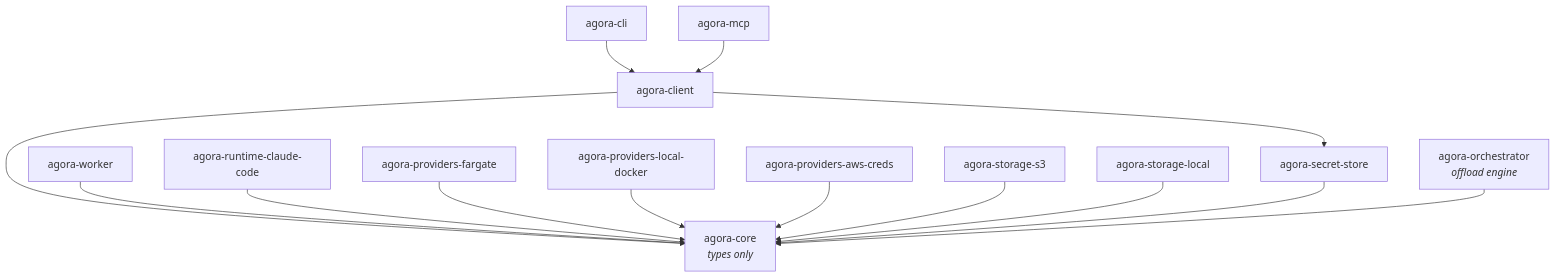
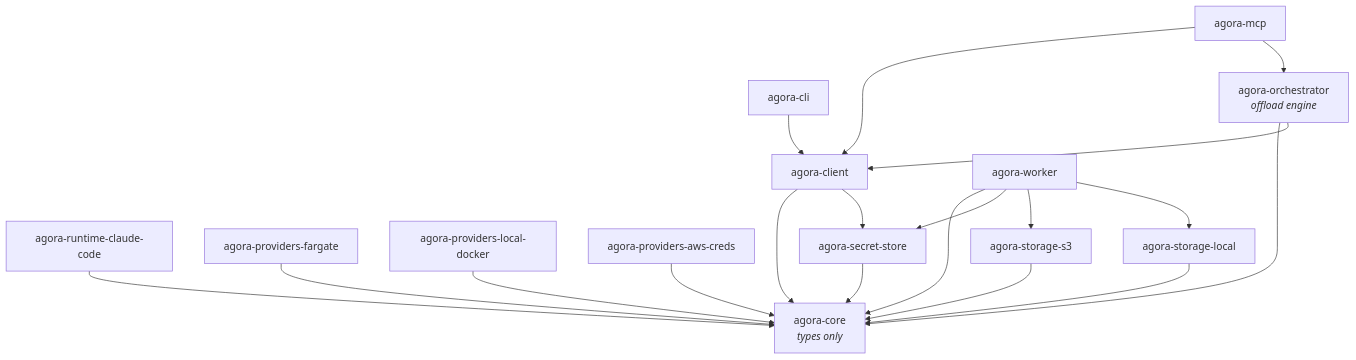
The diagram in README.md (QuarrySystems/agora), drawn with Mermaid before and after one commit. The commit also changed other lines of this file and 3 other files, not shown here.

````diff
--- a/README.md
+++ b/README.md
@@ -171,30 +171,35 @@
 ```mermaid
 graph TD
   core[agora-core<br/><i>types only</i>]
   client[agora-client]
   cli[agora-cli]
   mcp[agora-mcp]
   worker[agora-worker]
   runtime[agora-runtime-claude-code]
   pfargate[agora-providers-fargate]
   plocal[agora-providers-local-docker]
   pawscreds[agora-providers-aws-creds]
   ss3[agora-storage-s3]
   slocal[agora-storage-local]
   secretstore[agora-secret-store]
   orch[agora-orchestrator<br/><i>offload engine</i>]
 
   client --> core
   client --> secretstore
   cli --> client
   mcp --> client
+  mcp --> orch
   worker --> core
+  worker --> secretstore
+  worker --> ss3
+  worker --> slocal
   runtime --> core
   pfargate --> core
   plocal --> core
   pawscreds --> core
   ss3 --> core
   slocal --> core
   secretstore --> core
   orch --> core
+  orch --> client
 ```
````
